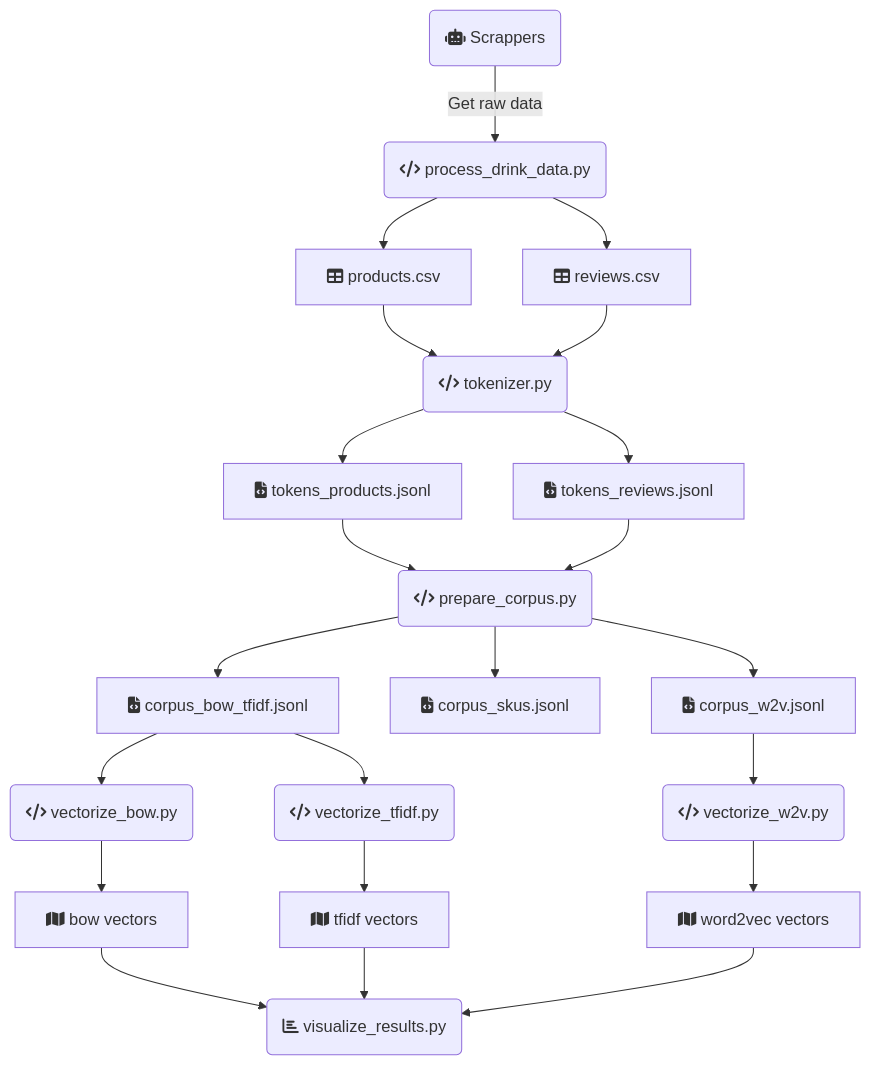
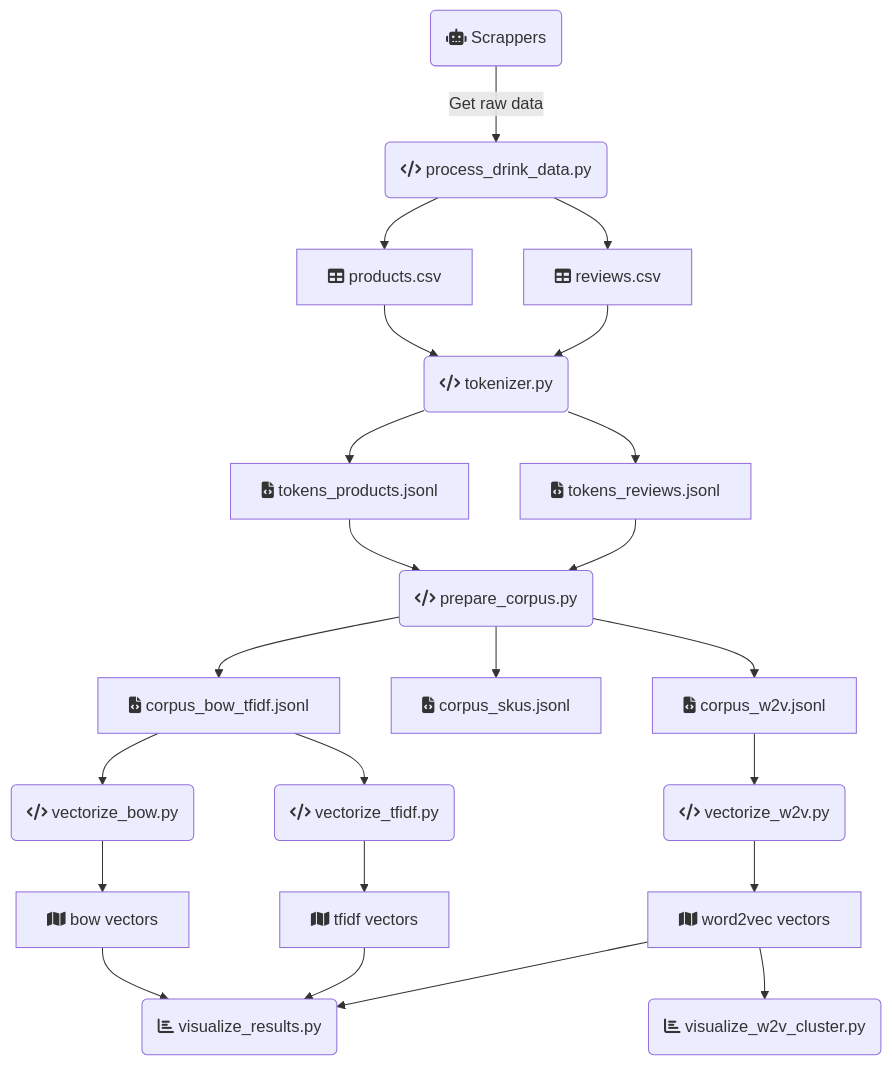
One commit to nzimermann/PLN261-ProcessamentoLinguagemNatural changed the diagram in README.md. Above: the diagram before and after it, drawn with Mermaid.

````diff
--- a/README.md
+++ b/README.md
@@ -8,24 +8,25 @@
 ```mermaid
 flowchart TD
     A(fa:fa-robot Scrappers) -->|Get raw data| B(fa:fa-code process_drink_data.py)
     B --> C[fa:fa-table products.csv]
     B --> D[fa:fa-table reviews.csv]
     C --> E(fa:fa-code tokenizer.py)
     D --> E
     E --> F[fa:fa-file-code tokens_products.jsonl]
     E --> G[fa:fa-file-code tokens_reviews.jsonl]
     F --> H(fa:fa-code prepare_corpus.py)
     G --> H
     H --> I[fa:fa-file-code corpus_bow_tfidf.jsonl]
     H --> J[fa:fa-file-code corpus_skus.jsonl]
     H --> K[fa:fa-file-code corpus_w2v.jsonl]
     I --> L(fa:fa-code vectorize_bow.py)
     I --> M(fa:fa-code vectorize_tfidf.py)
     K --> N(fa:fa-code vectorize_w2v.py)
     L --> O[fa:fa-map bow vectors]
     M --> P[fa:fa-map tfidf vectors]
     N --> Q[fa:fa-map word2vec vectors]
     O --> R(fa:fa-bar-chart visualize_results.py)
     P --> R
     Q --> R
+    Q --> S(fa:fa-bar-chart visualize_w2v_cluster.py)
 ```
````
